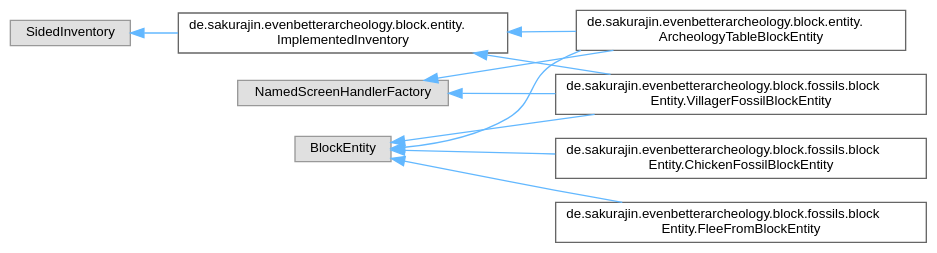
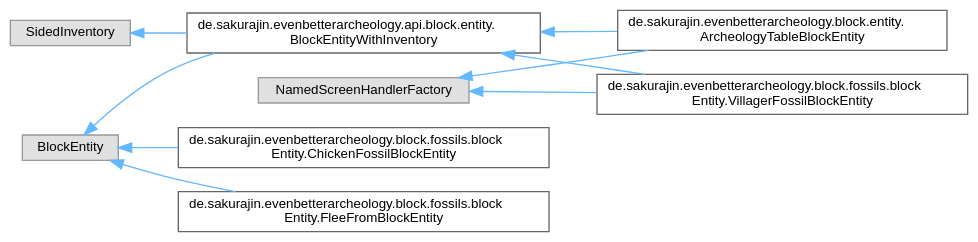
Before and after one commit to noah1510/EvenBetterArcheology: the diagram in inherit_graph_0.dot, drawn with Graphviz. The commit also changed 146 other files, not shown here.

```diff
--- a/inherit_graph_0.dot
+++ b/inherit_graph_0.dot
@@ -1,25 +1,24 @@
 digraph "Graphical Class Hierarchy"
 {
  // LATEX_PDF_SIZE
   bgcolor="transparent";
   edge [fontname=Helvetica,fontsize=10,labelfontname=Helvetica,labelfontsize=10];
   node [fontname=Helvetica,fontsize=10,shape=box,height=0.2,width=0.4];
   rankdir="LR";
   Node0 [label="BlockEntity",height=0.2,width=0.4,color="grey60", fillcolor="#E0E0E0", style="filled",tooltip=" "];
   Node0 -> Node1 [dir="back",color="steelblue1",style="solid"];
-  Node1 [label="de.sakurajin.evenbetterarcheology.block.entity.\lArcheologyTableBlockEntity",height=0.2,width=0.4,color="grey40", fillcolor="white", style="filled",URL="$classde_1_1sakurajin_1_1evenbetterarcheology_1_1block_1_1entity_1_1ArcheologyTableBlockEntity.html",tooltip=" "];
+  Node1 [label="de.sakurajin.evenbetterarcheology.api.block.entity.\lBlockEntityWithInventory",height=0.2,width=0.4,color="grey40", fillcolor="white", style="filled",URL="$classde_1_1sakurajin_1_1evenbetterarcheology_1_1api_1_1block_1_1entity_1_1BlockEntityWithInventory.html",tooltip="A simple SidedInventory implementation with only default methods + an item list getter."];
+  Node1 -> Node2 [dir="back",color="steelblue1",style="solid"];
+  Node2 [label="de.sakurajin.evenbetterarcheology.block.entity.\lArcheologyTableBlockEntity",height=0.2,width=0.4,color="grey40", fillcolor="white", style="filled",URL="$classde_1_1sakurajin_1_1evenbetterarcheology_1_1block_1_1entity_1_1ArcheologyTableBlockEntity.html",tooltip=" "];
+  Node1 -> Node4 [dir="back",color="steelblue1",style="solid"];
+  Node4 [label="de.sakurajin.evenbetterarcheology.block.fossils.block\lEntity.VillagerFossilBlockEntity",height=0.2,width=0.4,color="grey40", fillcolor="white", style="filled",URL="$classde_1_1sakurajin_1_1evenbetterarcheology_1_1block_1_1fossils_1_1blockEntity_1_1VillagerFossilBlockEntity.html",tooltip=" "];
   Node0 -> Node6 [dir="back",color="steelblue1",style="solid"];
   Node6 [label="de.sakurajin.evenbetterarcheology.block.fossils.block\lEntity.ChickenFossilBlockEntity",height=0.2,width=0.4,color="grey40", fillcolor="white", style="filled",URL="$classde_1_1sakurajin_1_1evenbetterarcheology_1_1block_1_1fossils_1_1blockEntity_1_1ChickenFossilBlockEntity.html",tooltip=" "];
   Node0 -> Node7 [dir="back",color="steelblue1",style="solid"];
   Node7 [label="de.sakurajin.evenbetterarcheology.block.fossils.block\lEntity.FleeFromBlockEntity",height=0.2,width=0.4,color="grey40", fillcolor="white", style="filled",URL="$classde_1_1sakurajin_1_1evenbetterarcheology_1_1block_1_1fossils_1_1blockEntity_1_1FleeFromBlockEntity.html",tooltip=" "];
-  Node0 -> Node3 [dir="back",color="steelblue1",style="solid"];
-  Node3 [label="de.sakurajin.evenbetterarcheology.block.fossils.block\lEntity.VillagerFossilBlockEntity",height=0.2,width=0.4,color="grey40", fillcolor="white", style="filled",URL="$classde_1_1sakurajin_1_1evenbetterarcheology_1_1block_1_1fossils_1_1blockEntity_1_1VillagerFossilBlockEntity.html",tooltip=" "];
-  Node2 [label="NamedScreenHandlerFactory",height=0.2,width=0.4,color="grey60", fillcolor="#E0E0E0", style="filled",tooltip=" "];
-  Node2 -> Node1 [dir="back",color="steelblue1",style="solid"];
-  Node2 -> Node3 [dir="back",color="steelblue1",style="solid"];
+  Node3 [label="NamedScreenHandlerFactory",height=0.2,width=0.4,color="grey60", fillcolor="#E0E0E0", style="filled",tooltip=" "];
+  Node3 -> Node2 [dir="back",color="steelblue1",style="solid"];
+  Node3 -> Node4 [dir="back",color="steelblue1",style="solid"];
   Node5 [label="SidedInventory",height=0.2,width=0.4,color="grey60", fillcolor="#E0E0E0", style="filled",tooltip=" "];
-  Node5 -> Node4 [dir="back",color="steelblue1",style="solid"];
-  Node4 [label="de.sakurajin.evenbetterarcheology.block.entity.\lImplementedInventory",height=0.2,width=0.4,color="grey40", fillcolor="white", style="filled",URL="$interfacede_1_1sakurajin_1_1evenbetterarcheology_1_1block_1_1entity_1_1ImplementedInventory.html",tooltip="A simple SidedInventory implementation with only default methods + an item list getter."];
-  Node4 -> Node1 [dir="back",color="steelblue1",style="solid"];
-  Node4 -> Node3 [dir="back",color="steelblue1",style="solid"];
+  Node5 -> Node1 [dir="back",color="steelblue1",style="solid"];
 }
```
